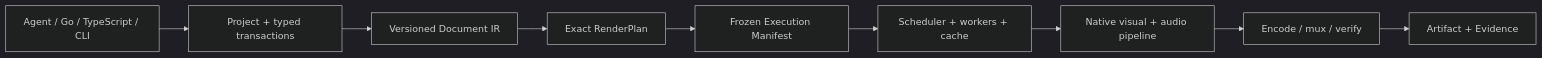
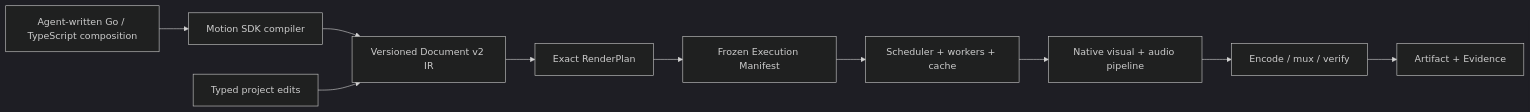
One commit to CutlyLab/Cutly changed the diagram in README.md. Above: the diagram before and after it, drawn with Mermaid (dark theme). The commit also changed other lines of this file and 8 other files, not shown here.

Commit message:
feat: add TypeScript motion composition authoring

````diff
--- a/README.md
+++ b/README.md
@@ -213,11 +258,12 @@
 ```mermaid
 flowchart LR
-    A[Agent / Go / TypeScript / CLI] --> B[Project + typed transactions]
-    B --> C[Versioned Document IR]
+    A[Agent-written Go / TypeScript composition] --> B[Motion SDK compiler]
+    B --> C[Versioned Document v2 IR]
+    J[Typed project edits] --> C
     C --> D[Exact RenderPlan]
     D --> E[Frozen Execution Manifest]
     E --> F[Scheduler + workers + cache]
     F --> G[Native visual + audio pipeline]
     G --> H[Encode / mux / verify]
     H --> I[Artifact + Evidence]
 ```
````
